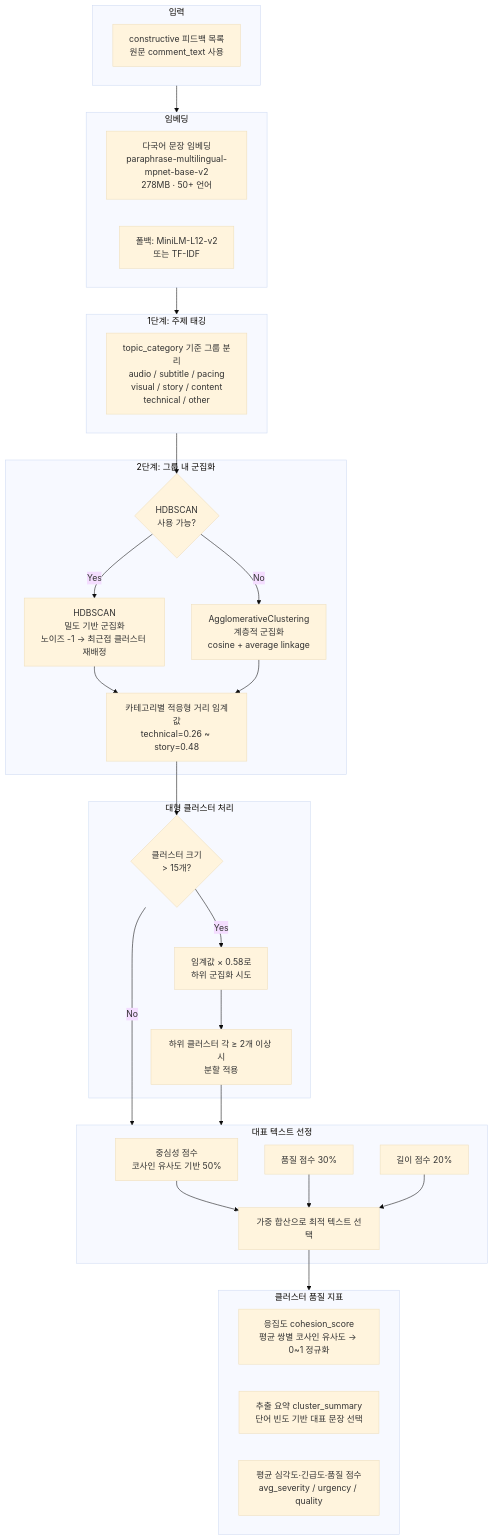
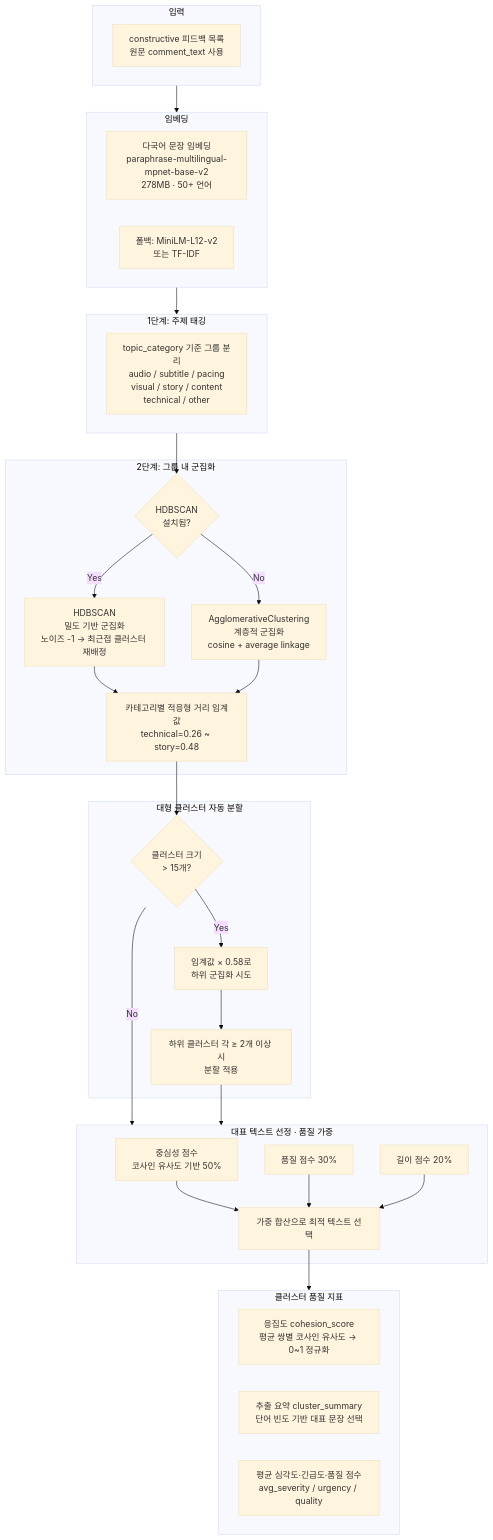
The fifth of 8 diagrams in PRESENTATION.md (Userlsj-project/VideoLabs), drawn with Mermaid (base theme) before and after one commit. The commit also changed other lines of this file, not shown here.

````diff
--- a/PRESENTATION.md
+++ b/PRESENTATION.md
@@ -97,50 +122,50 @@
 ```mermaid
 flowchart TD
     subgraph INPUT2[입력]
         I1[constructive 피드백 목록\n원문 comment_text 사용]
     end
 
     subgraph EMBED2[임베딩]
         E1[다국어 문장 임베딩\nparaphrase-multilingual-mpnet-base-v2\n278MB · 50+ 언어]
         E2[폴백: MiniLM-L12-v2\n또는 TF-IDF]
     end
 
     subgraph TOPIC[1단계: 주제 태깅]
         T1[topic_category 기준 그룹 분리\naudio / subtitle / pacing\nvisual / story / content\ntechnical / other]
     end
 
     subgraph CLUSTER[2단계: 그룹 내 군집화]
-        C1{HDBSCAN\n사용 가능?}
+        C1{HDBSCAN\n설치됨?}
         C2[HDBSCAN\n밀도 기반 군집화\n노이즈 -1 → 최근접 클러스터 재배정]
         C3[AgglomerativeClustering\n계층적 군집화\ncosine + average linkage]
         C4[카테고리별 적응형 거리 임계값\ntechnical=0.26 ~ story=0.48]
     end
 
-    subgraph SUBCLUSTER[대형 클러스터 처리]
+    subgraph SUBCLUSTER[대형 클러스터 자동 분할]
         S1{클러스터 크기\n> 15개?}
         S2[임계값 × 0.58로\n하위 군집화 시도]
         S3[하위 클러스터 각 ≥ 2개 이상 시\n분할 적용]
     end
 
-    subgraph REPRESENT[대표 텍스트 선정]
+    subgraph REPRESENT[대표 텍스트 선정 · 품질 가중]
         R1[중심성 점수\n코사인 유사도 기반 50%]
         R2[품질 점수 30%]
         R3[길이 점수 20%]
         R4[가중 합산으로 최적 텍스트 선택]
     end
 
     subgraph METRICS[클러스터 품질 지표]
         M1[응집도 cohesion_score\n평균 쌍별 코사인 유사도 → 0~1 정규화]
         M2[추출 요약 cluster_summary\n단어 빈도 기반 대표 문장 선택]
         M3[평균 심각도·긴급도·품질 점수\navg_severity / urgency / quality]
     end
 
     INPUT2 --> EMBED2 --> TOPIC --> C1
     C1 -->|Yes| C2
     C1 -->|No| C3
     C2 & C3 --> C4 --> S1
     S1 -->|Yes| S2 --> S3
     S1 -->|No| REPRESENT
     S3 --> REPRESENT
     R1 & R2 & R3 --> R4 --> METRICS
 ```
````
